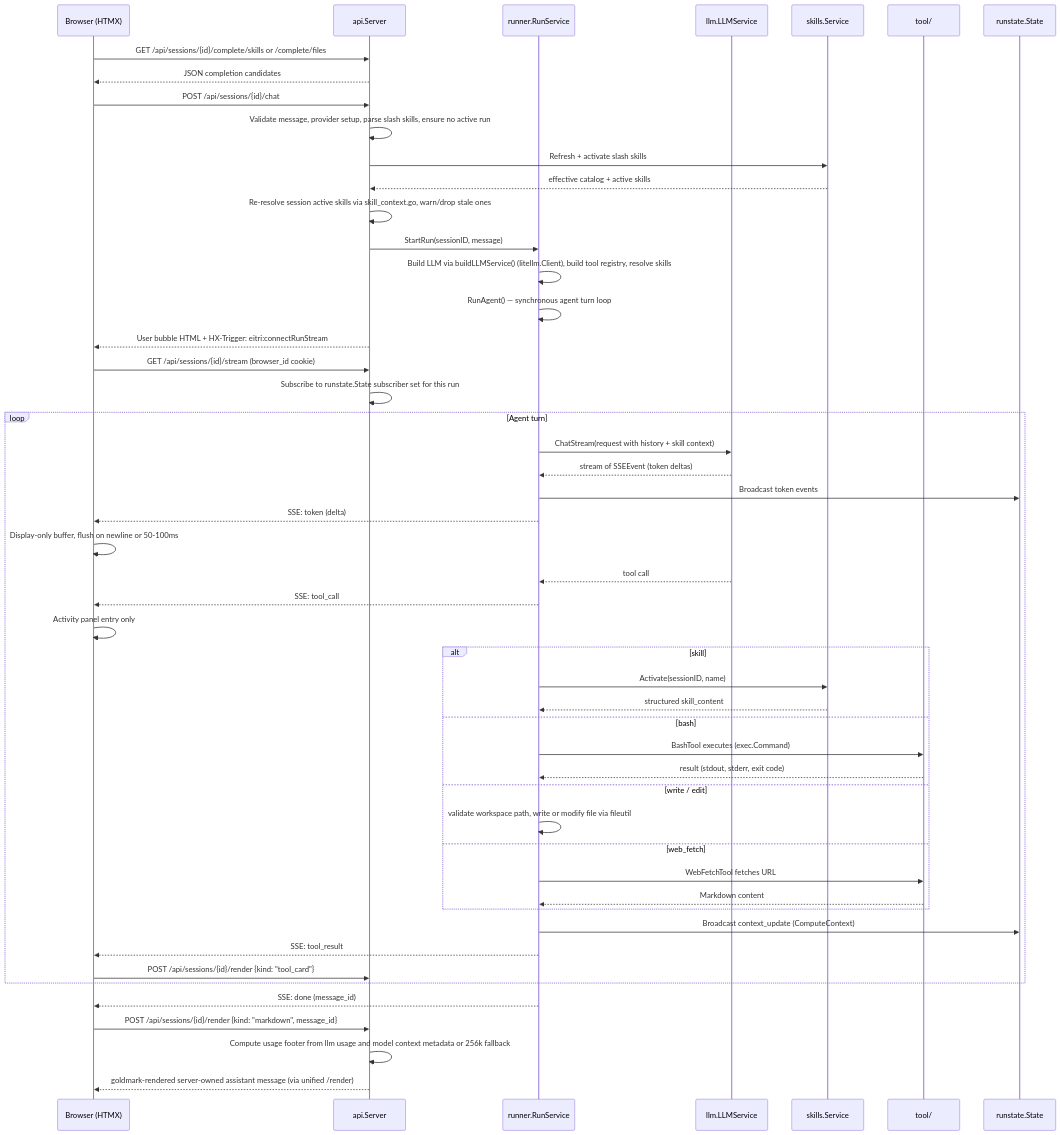
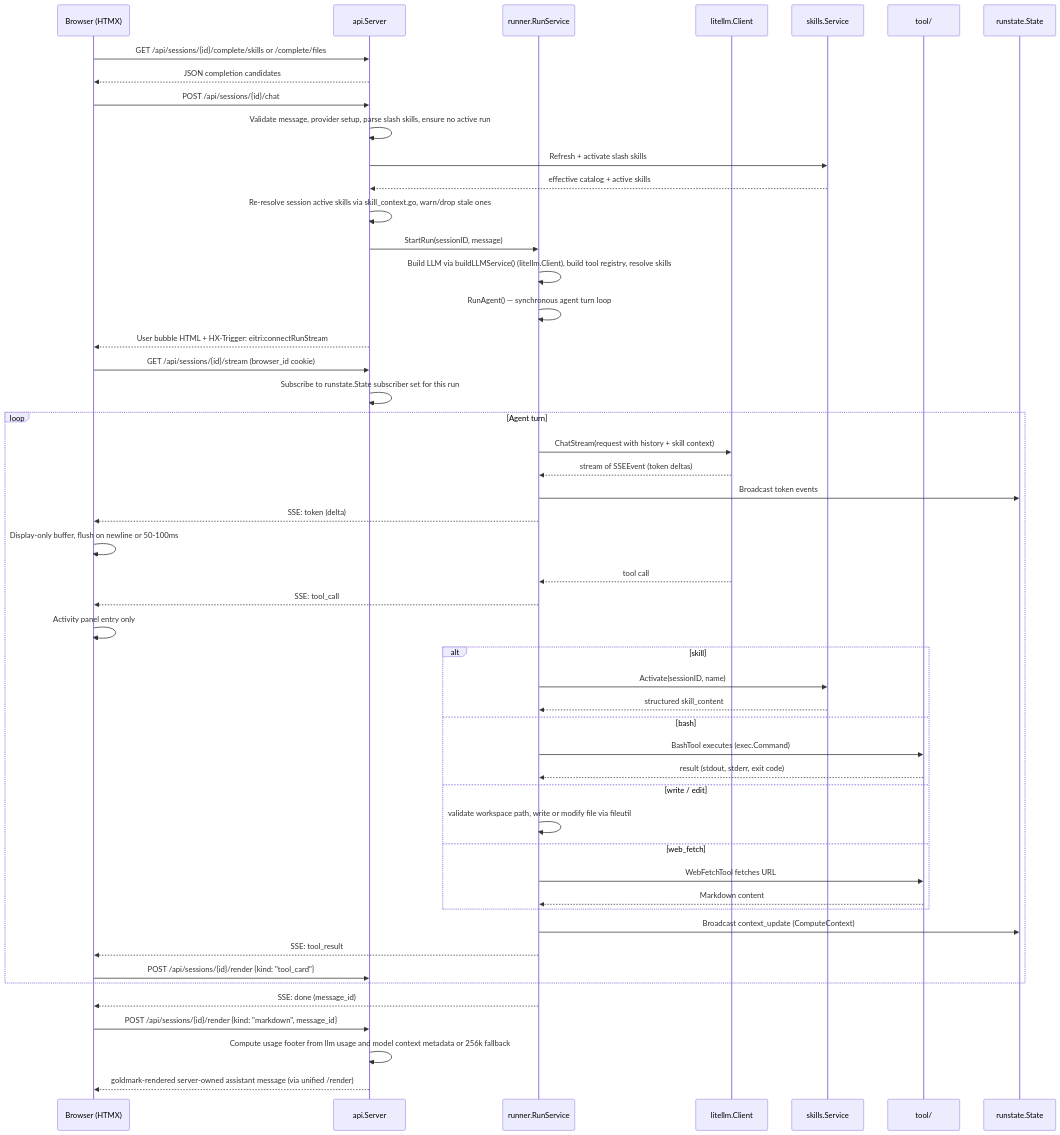
Before and after one commit to glemsom/eitri: the second of 2 diagrams in docs/ARCHITECTURE.md, drawn with Mermaid. The commit also changed other lines of this file, not shown here.

Commit message:
docs: sync ARCHITECTURE.md module map, tool registry, and transport references (issue #961)

````diff
--- a/docs/ARCHITECTURE.md
+++ b/docs/ARCHITECTURE.md
@@ -317,54 +339,54 @@
 ```mermaid
 sequenceDiagram
     participant Browser as Browser (HTMX)
     participant API as api.Server
     participant RunSvc as runner.RunService
-    participant LLM as llm.LLMService
+    participant LLM as litellm.Client
     participant Skills as skills.Service
     participant Tool as tool/
 
     Browser->>API: GET /api/sessions/{id}/complete/skills or /complete/files
     API-->>Browser: JSON completion candidates
     Browser->>API: POST /api/sessions/{id}/chat
     API->>API: Validate message, provider setup, parse slash skills, ensure no active run
     API->>Skills: Refresh + activate slash skills
     Skills-->>API: effective catalog + active skills
     API->>API: Re-resolve session active skills via skill_context.go, warn/drop stale ones
     API->>RunSvc: StartRun(sessionID, message)
     RunSvc->>RunSvc: Build LLM via buildLLMService() (litellm.Client), build tool registry, resolve skills
     RunSvc->>RunSvc: RunAgent() — synchronous agent turn loop
     API-->>Browser: User bubble HTML + HX-Trigger: eitri:connectRunStream
     Browser->>API: GET /api/sessions/{id}/stream (browser_id cookie)
     API->>API: Subscribe to runstate.State subscriber set for this run
     
     loop Agent turn
         RunSvc->>LLM: ChatStream(request with history + skill context)
         LLM-->>RunSvc: stream of SSEEvent (token deltas)
         RunSvc->>runstate.State: Broadcast token events
         RunSvc-->>Browser: SSE: token (delta)
         Browser->>Browser: Display-only buffer, flush on newline or 50-100ms
         LLM-->>RunSvc: tool call
         RunSvc-->>Browser: SSE: tool_call
         Browser->>Browser: Activity panel entry only
         alt skill
             RunSvc->>Skills: Activate(sessionID, name)
             Skills-->>RunSvc: structured skill_content
         else bash
             RunSvc->>Tool: BashTool executes (exec.Command)
             Tool-->>RunSvc: result (stdout, stderr, exit code)
         else write / edit
             RunSvc->>RunSvc: validate workspace path, write or modify file via fileutil
         else web_fetch
             RunSvc->>Tool: WebFetchTool fetches URL
             Tool-->>RunSvc: Markdown content
         end
         RunSvc->>runstate.State: Broadcast context_update (ComputeContext)
         RunSvc-->>Browser: SSE: tool_result
         Browser->>API: POST /api/sessions/{id}/render {kind: "tool_card"}
     end
 
     RunSvc-->>Browser: SSE: done (message_id)
     Browser->>API: POST /api/sessions/{id}/render {kind: "markdown", message_id}
     API->>API: Compute usage footer from llm usage and model context metadata or 256k fallback
     API-->>Browser: goldmark-rendered server-owned assistant message (via unified /render)
 ```
````
